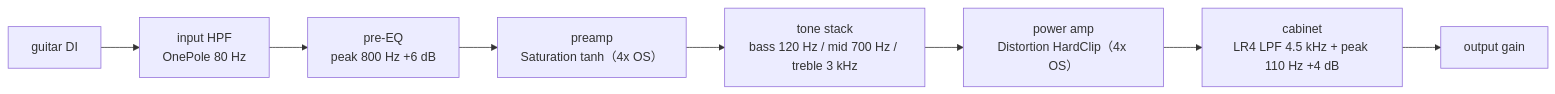
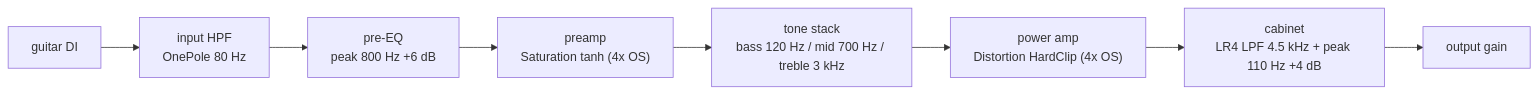
Before and after one commit to TomHsieh300/DAW-for-fun: the second of 2 diagrams in lessons/07-distortion/README.md, drawn with Mermaid. The commit also changed other lines of this file and 18 other files, not shown here.

````diff
--- a/lessons/07-distortion/README.md
+++ b/lessons/07-distortion/README.md
@@ -377,10 +379,10 @@
 ```mermaid
 flowchart LR
     IN[guitar DI] --> HPF["input HPF<br/>OnePole 80 Hz"]
     HPF --> PEQ["pre-EQ<br/>peak 800 Hz +6 dB"]
-    PEQ --> PRE["preamp<br/>Saturation tanh（4x OS）"]
+    PEQ --> PRE["preamp<br/>Saturation tanh (4x OS)"]
     PRE --> TS["tone stack<br/>bass 120 Hz / mid 700 Hz / treble 3 kHz"]
-    TS --> PWR["power amp<br/>Distortion HardClip（4x OS）"]
+    TS --> PWR["power amp<br/>Distortion HardClip (4x OS)"]
     PWR --> CAB["cabinet<br/>LR4 LPF 4.5 kHz + peak 110 Hz +4 dB"]
     CAB --> OUT[output gain]
 ```
````
